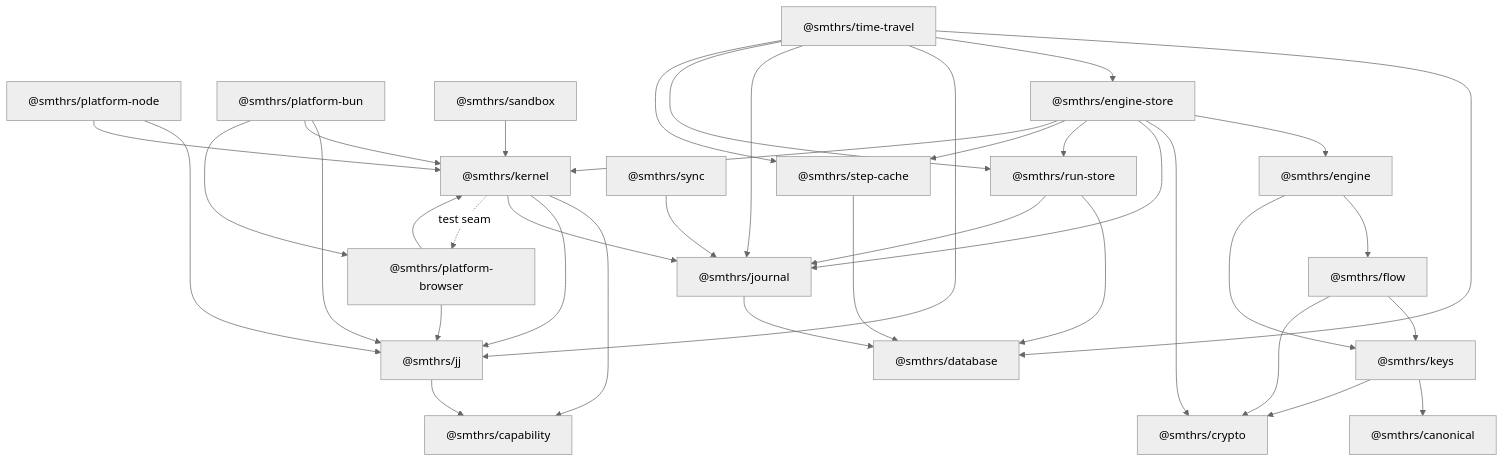
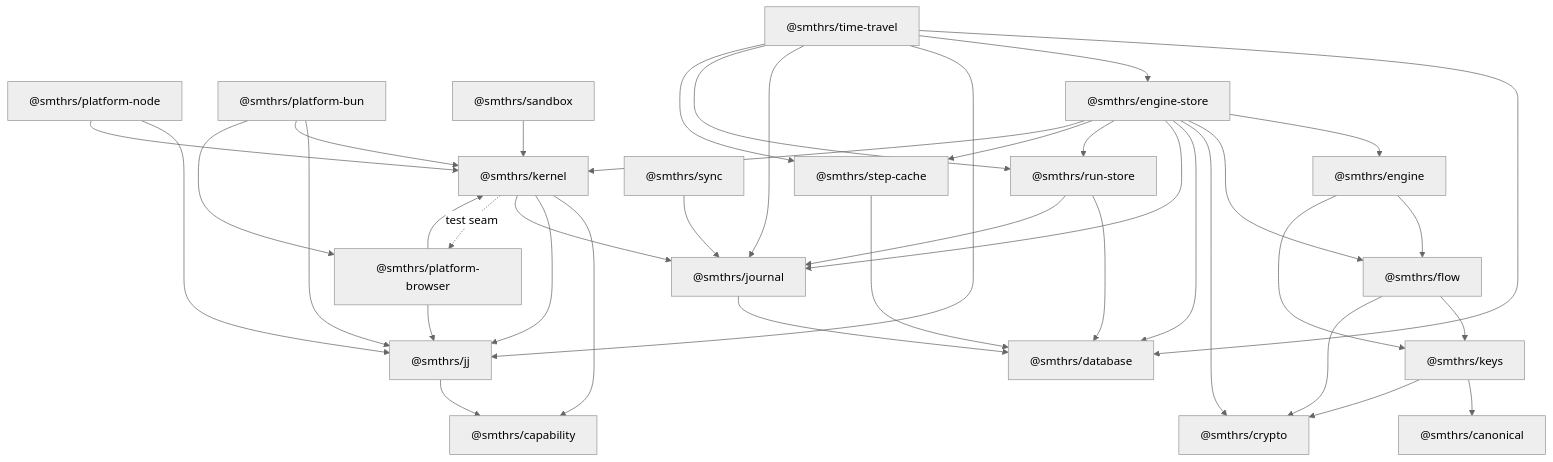
The diagram in docs/architecture/package-map.md (smithersai/flows), drawn with Mermaid (neutral theme) before and after one commit. The commit also changed other lines of this file and 20 other files, not shown here.

````diff
--- a/docs/architecture/package-map.md
+++ b/docs/architecture/package-map.md
@@ -7,49 +7,51 @@
 ```mermaid
 flowchart TD
   PN["@smthrs/platform-node"]
   PBUN["@smthrs/platform-bun"]
   JJ["@smthrs/jj"]
   SB["@smthrs/sandbox"]
   PB["@smthrs/platform-browser"]
   D["@smthrs/database"]
   C["@smthrs/canonical"]
   Crypto["@smthrs/crypto"]
   CAP["@smthrs/capability"]
 
   J["@smthrs/journal"] --> D
   RS["@smthrs/run-store"] --> D
   RS --> J
   SC["@smthrs/step-cache"] --> D
   PB --> JJ
   PB --> K
   PN --> JJ
   PN --> K
   PBUN --> JJ
   PBUN --> K
   PBUN --> PB
   SB --> K
   K["@smthrs/kernel"] --> CAP
   K --> JJ
   K --> J
   K -.test seam.-> PB
   JJ --> CAP
   F["@smthrs/flow"] --> Keys["@smthrs/keys"]
   F --> Crypto
   W["@smthrs/engine"] --> F
   W --> Keys
   Keys --> C
   Keys --> Crypto
   E["@smthrs/engine-store"] --> W
+  E --> F
   E --> Crypto
+  E --> D
   E --> J
   E --> RS
   E --> SC
   E --> K
   S["@smthrs/sync"] --> J
   T["@smthrs/time-travel"] --> D
   T --> E
   T --> JJ
   T --> J
   T --> RS
   T --> SC
 ```
````
